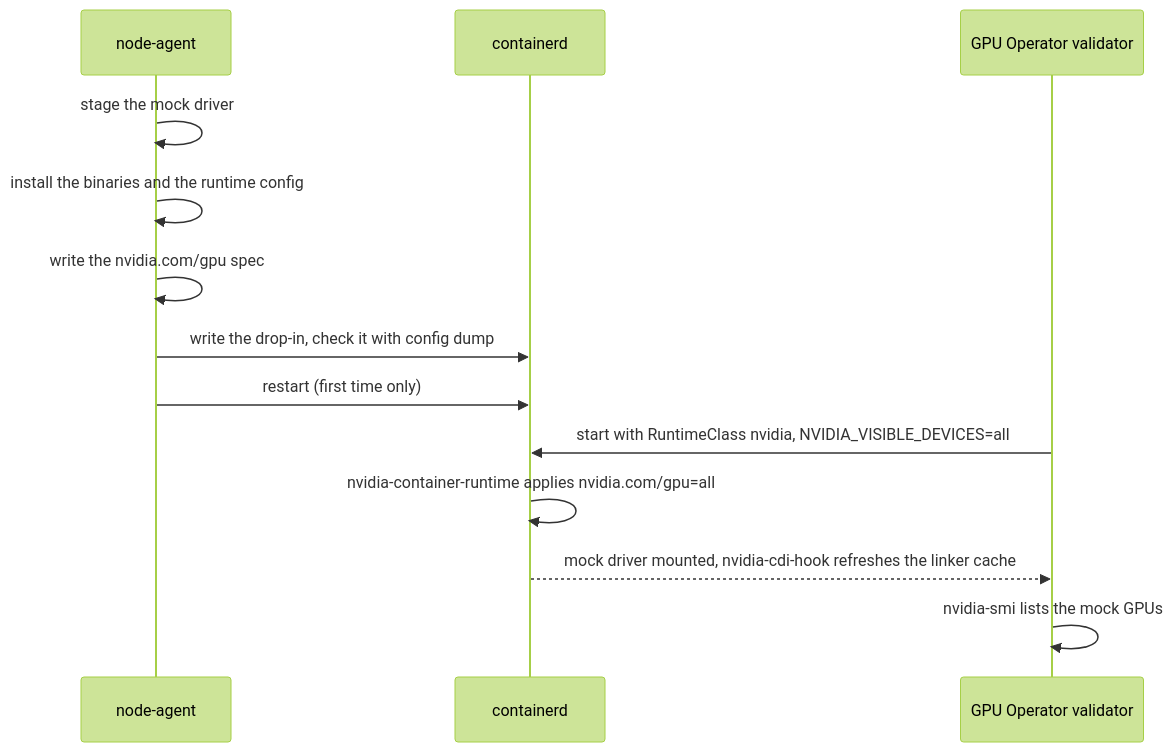
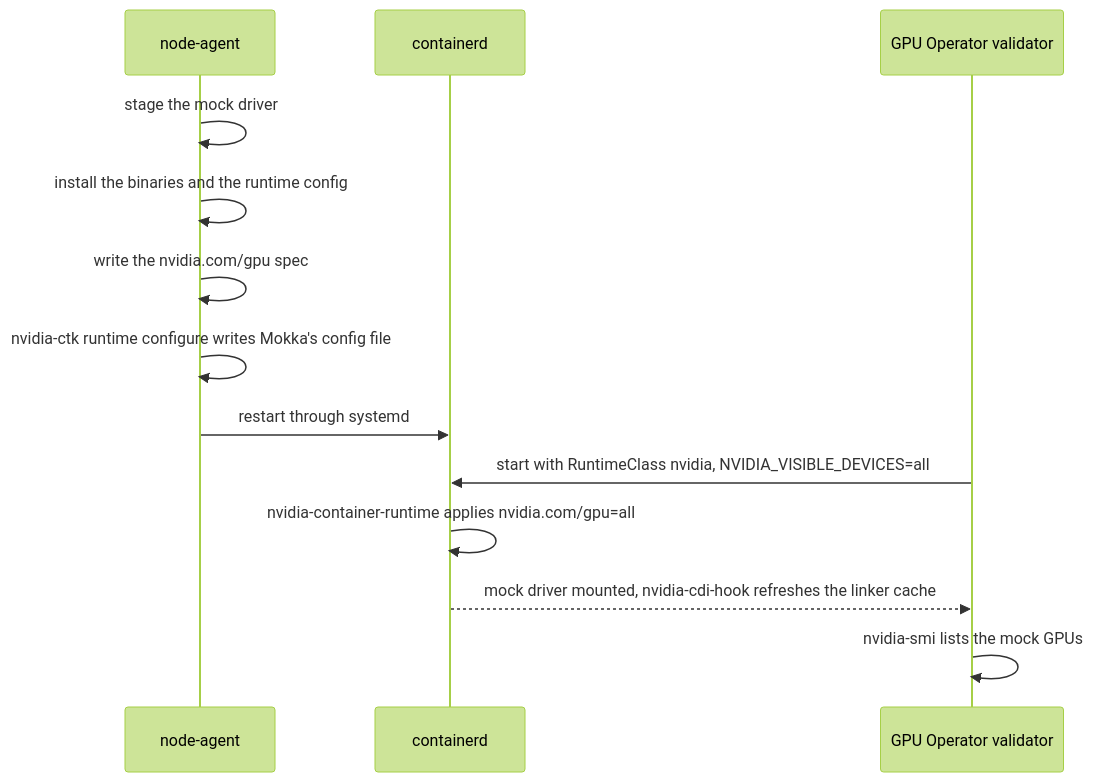
The fourth of 7 diagrams in enhancements/meps/0006-automatic-cdi-setup/README.md (NVIDIA/k8s-test-infra), drawn with Mermaid (forest theme) before and after one commit. The commit also changed other lines of this file and 89 other files, not shown here.

Commit message:
#881: Configure containerd right from Mokka CRI simulator

````diff
--- a/enhancements/meps/0006-automatic-cdi-setup/README.md
+++ b/enhancements/meps/0006-automatic-cdi-setup/README.md
@@ -477,15 +492,15 @@
 ```mermaid
 sequenceDiagram
   participant agent as node-agent
   participant ctrd as containerd
   participant val as GPU Operator validator
   agent->>agent: stage the mock driver
   agent->>agent: install the binaries and the runtime config
   agent->>agent: write the nvidia.com/gpu spec
-  agent->>ctrd: write the drop-in, check it with config dump
-  agent->>ctrd: restart (first time only)
+  agent->>agent: nvidia-ctk runtime configure writes Mokka's config file
+  agent->>ctrd: restart through systemd
   val->>ctrd: start with RuntimeClass nvidia, NVIDIA_VISIBLE_DEVICES=all
   ctrd->>ctrd: nvidia-container-runtime applies nvidia.com/gpu=all
   ctrd-->>val: mock driver mounted, nvidia-cdi-hook refreshes the linker cache
   val->>val: nvidia-smi lists the mock GPUs
 ```
````
